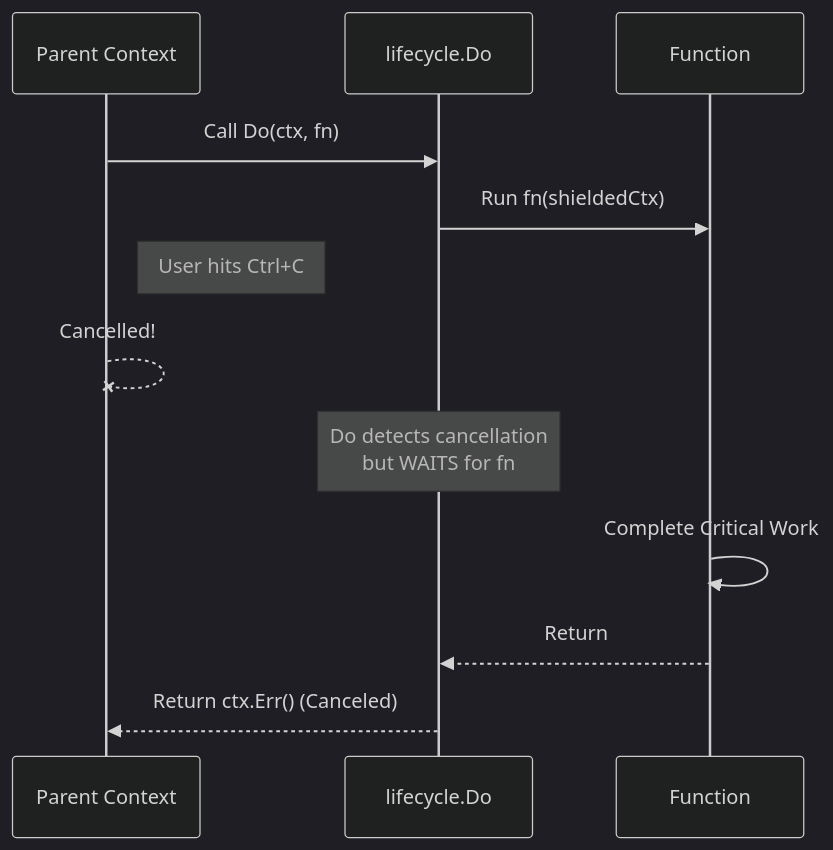
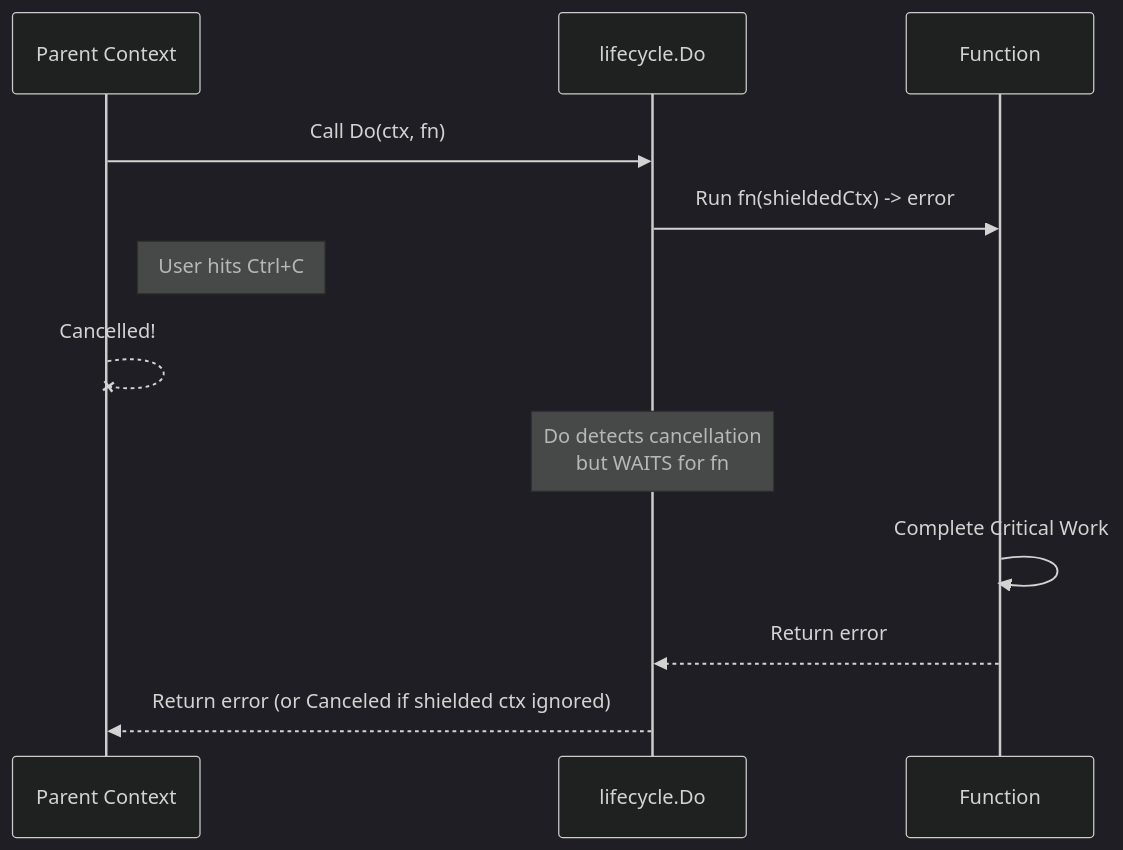
One commit to aretw0/lifecycle changed the fourth of 7 diagrams in docs/TECHNICAL.md. Above: the diagram before and after it, drawn with Mermaid (dark theme). The commit also changed other lines of this file and 1 other file, not shown here.

Commit message:
docs: reflect v2.0 API updates and reliability enhancements
- update README with new Run/Job/Do signatures

- refine TECHNICAL.md with updated critical section diagrams

````diff
--- a/docs/TECHNICAL.md
+++ b/docs/TECHNICAL.md
@@ -196,19 +196,19 @@
 ```mermaid
 sequenceDiagram
     participant P as Parent Context
     participant D as lifecycle.Do
     participant F as Function
     
     P->>D: Call Do(ctx, fn)
-    D->>F: Run fn(shieldedCtx)
+    D->>F: Run fn(shieldedCtx) -> error
     
     note right of P: User hits Ctrl+C
     P--xP: Cancelled!
     
     note over D: Do detects cancellation<br/>but WAITS for fn
     
     F->>F: Complete Critical Work
-    F-->>D: Return
+    F-->>D: Return error
     
-    D-->>P: Return ctx.Err() (Canceled)
+    D-->>P: Return error (or Canceled if shielded ctx ignored)
 ```
````
